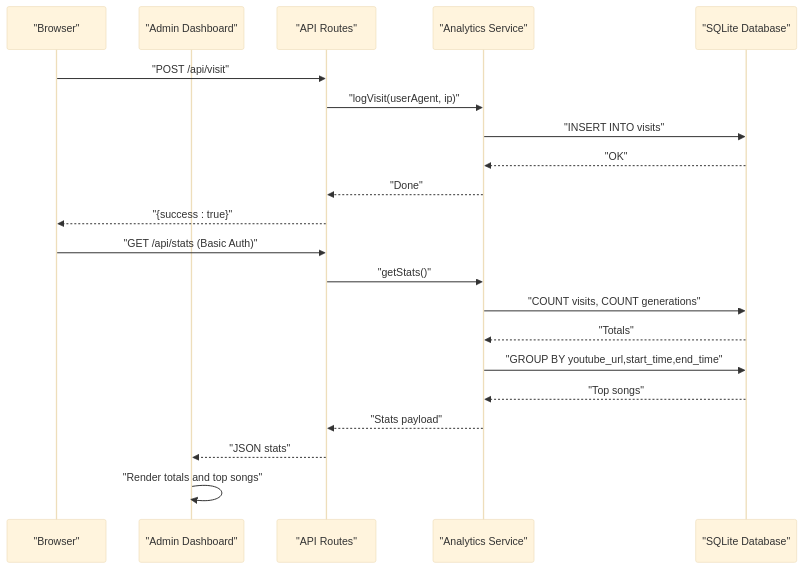
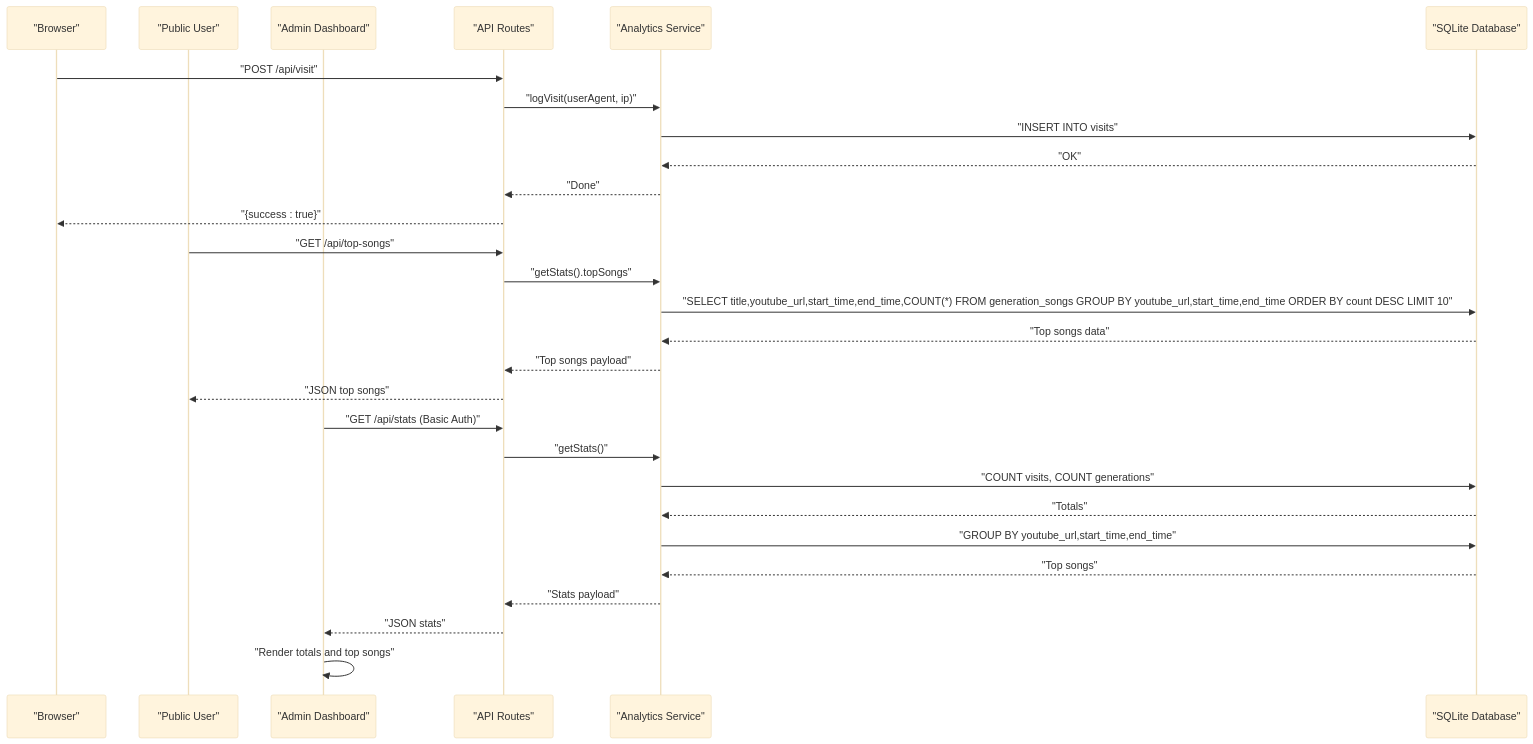
The second of 13 diagrams in .qoder/repowiki/en/content/Core Services Architecture/Analytics and Tracking Service.md (dkoukoul/kpop-random-dance-generator), drawn with Mermaid (base theme) before and after one commit. The commit also changed other lines of this file and 3 other files, not shown here.

````diff
--- a/.qoder/repowiki/en/content/Core Services Architecture/Analytics and Tracking Service.md
+++ b/.qoder/repowiki/en/content/Core Services Architecture/Analytics and Tracking Service.md
@@ -103,23 +113,30 @@
 ```mermaid
 sequenceDiagram
 participant Client as "Browser"
+participant PublicUser as "Public User"
 participant AdminUI as "Admin Dashboard"
 participant API as "API Routes"
 participant Analytics as "Analytics Service"
 participant DB as "SQLite Database"
 Client->>API : "POST /api/visit"
 API->>Analytics : "logVisit(userAgent, ip)"
 Analytics->>DB : "INSERT INTO visits"
 DB-->>Analytics : "OK"
 Analytics-->>API : "Done"
 API-->>Client : "{success : true}"
-Client->>API : "GET /api/stats (Basic Auth)"
+PublicUser->>API : "GET /api/top-songs"
+API->>Analytics : "getStats().topSongs"
+Analytics->>DB : "SELECT title,youtube_url,start_time,end_time,COUNT(*) FROM generation_songs GROUP BY youtube_url,start_time,end_time ORDER BY count DESC LIMIT 10"
+DB-->>Analytics : "Top songs data"
+Analytics-->>API : "Top songs payload"
+API-->>PublicUser : "JSON top songs"
+AdminUI->>API : "GET /api/stats (Basic Auth)"
 API->>Analytics : "getStats()"
 Analytics->>DB : "COUNT visits, COUNT generations"
 DB-->>Analytics : "Totals"
 Analytics->>DB : "GROUP BY youtube_url,start_time,end_time"
 DB-->>Analytics : "Top songs"
 Analytics-->>API : "Stats payload"
 API-->>AdminUI : "JSON stats"
 AdminUI->>AdminUI : "Render totals and top songs"
 ```
````
